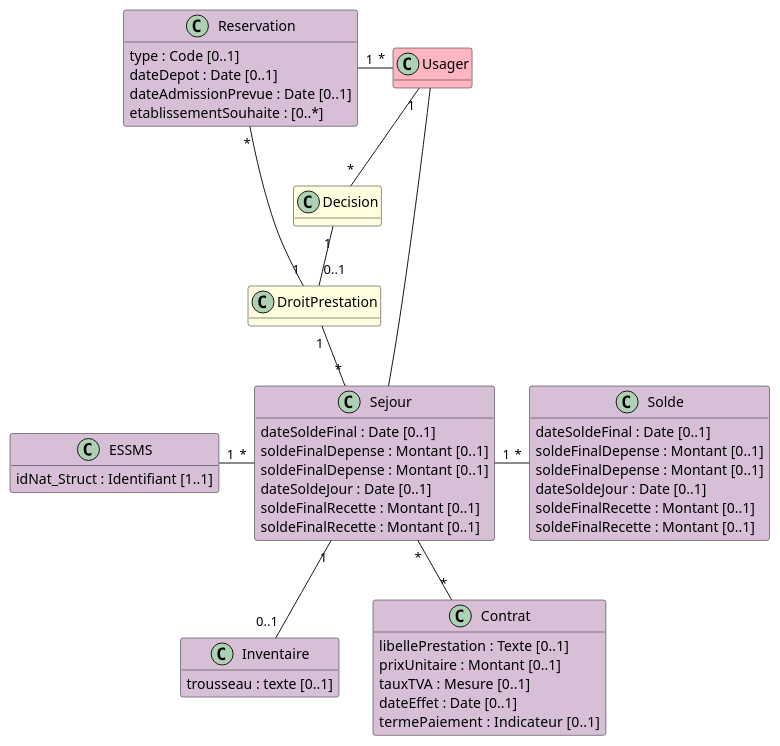
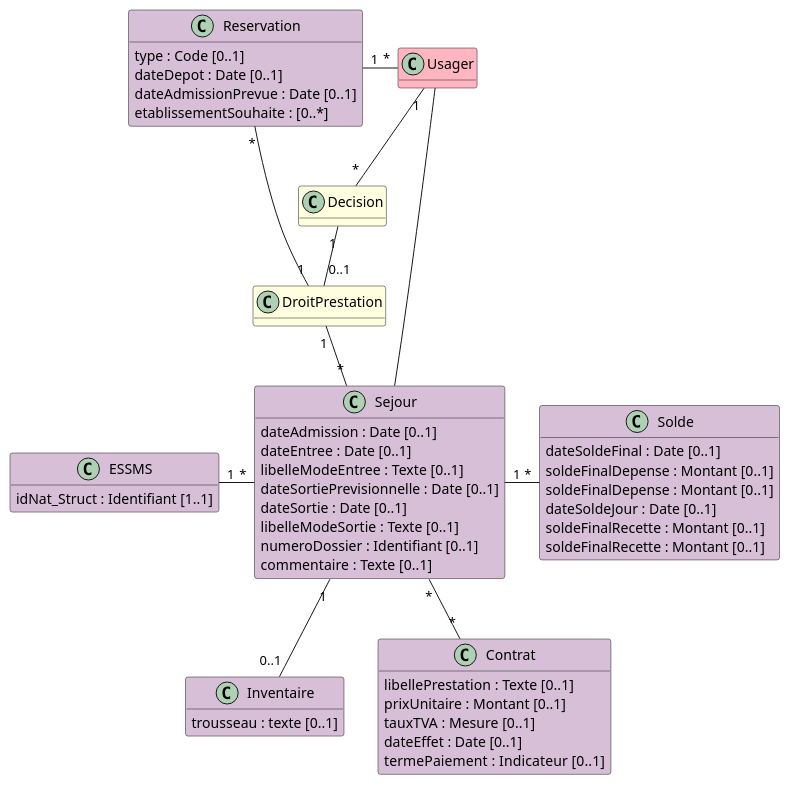
Before and after one commit to ansforge/IG-fhir-transfert-donnees-dui-esms: the diagram in input/images-source/bloc_sejours.plantuml, drawn with PlantUML.

Commit message:
Correction diagramme classe Sejour #91

```diff
--- a/input/images-source/bloc_sejours.plantuml
+++ b/input/images-source/bloc_sejours.plantuml
@@ -1,63 +1,66 @@
 @startuml
 
 hide empty methods
 
 class Usager #LightPink
 
 class Decision #LightYellow
 
 class DroitPrestation #LightYellow
 
 class Reservation #Thistle {
     type : Code [0..1]
     dateDepot : Date [0..1]
     dateAdmissionPrevue : Date [0..1]
     etablissementSouhaite : [0..*]
 }
 
 class Sejour #Thistle {
-    dateSoldeFinal : Date [0..1]
-    soldeFinalDepense : Montant [0..1]
-    soldeFinalDepense : Montant [0..1]
-    dateSoldeJour : Date [0..1]
-    soldeFinalRecette : Montant [0..1]
-    soldeFinalRecette : Montant [0..1]
+    dateAdmission : Date [0..1]
+    dateEntree : Date [0..1]
+    libelleModeEntree : Texte [0..1]
+    dateSortiePrevisionnelle : Date [0..1]
+    dateSortie : Date [0..1]
+    libelleModeSortie : Texte [0..1]
+    numeroDossier : Identifiant [0..1]
+    commentaire : Texte [0..1]
+    
 }
 
 class ESSMS #Thistle {
     idNat_Struct : Identifiant [1..1]
 }
 
 class Inventaire #Thistle { 
     trousseau : texte [0..1]
 }
 
 class Solde #Thistle {
     dateSoldeFinal : Date [0..1]
     soldeFinalDepense : Montant [0..1]
     soldeFinalDepense : Montant [0..1]
     dateSoldeJour : Date [0..1]
     soldeFinalRecette : Montant [0..1]
     soldeFinalRecette : Montant [0..1]
 }
 
 class Contrat #Thistle {
     libellePrestation : Texte [0..1]
     prixUnitaire : Montant [0..1]
     tauxTVA : Mesure [0..1]
     dateEffet : Date [0..1]
     termePaiement : Indicateur  [0..1]
 }
 
 Usager "1" -- "*" Decision
 Decision "1" -- "0..1" DroitPrestation
 Reservation "*" - "1" DroitPrestation
 Reservation "1" - "*" Usager
 DroitPrestation "1" -- "*" Sejour
 ESSMS "1" - "*" Sejour 
 Sejour "1" -- "0..1" Inventaire
 Sejour "1" - "*" Solde
 Sejour "*" -- "*" Contrat
 Usager - Sejour
 
 @enduml
```
